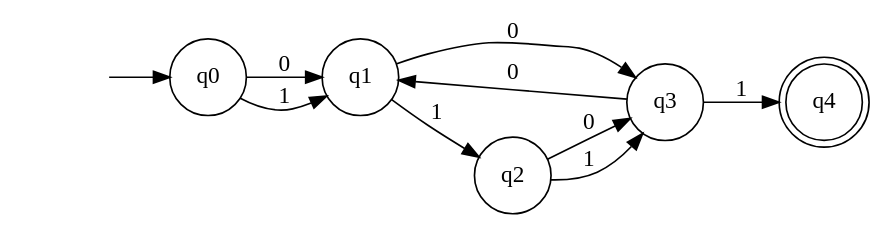
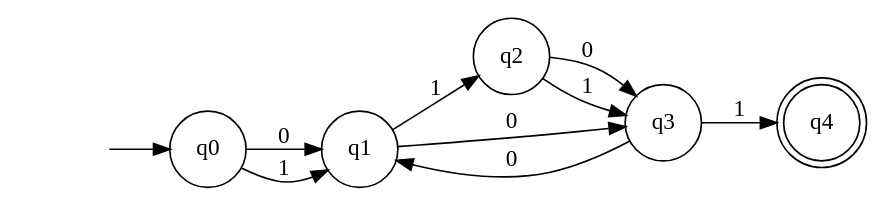
Before and after one commit to CRincon115/AutomatasFinal: the diagram in Juego Completo.gv, drawn with Graphviz. The commit also changed other lines of this file and 16 other files, not shown here.

```diff
--- a/Juego Completo.gv
+++ b/Juego Completo.gv
@@ -1,18 +1,18 @@
 digraph "Juego Completo" {
 	graph [rankdir=LR]
 	"" [label="" shape=plaintext]
 	q4 [label=q4 shape=doublecircle]
+	q2 [label=q2 shape=circle]
+	q1 [label=q1 shape=circle]
+	q0 [label=q0 shape=circle]
 	q3 [label=q3 shape=circle]
-	q1 [label=q1 shape=circle]
-	q2 [label=q2 shape=circle]
-	q0 [label=q0 shape=circle]
 	"" -> q0 [label=""]
 	q0 -> q1 [label=0]
 	q0 -> q1 [label=1]
 	q1 -> q3 [label=0]
 	q1 -> q2 [label=1]
 	q2 -> q3 [label=0]
 	q2 -> q3 [label=1]
 	q3 -> q1 [label=0]
 	q3 -> q4 [label=1]
 }
```
